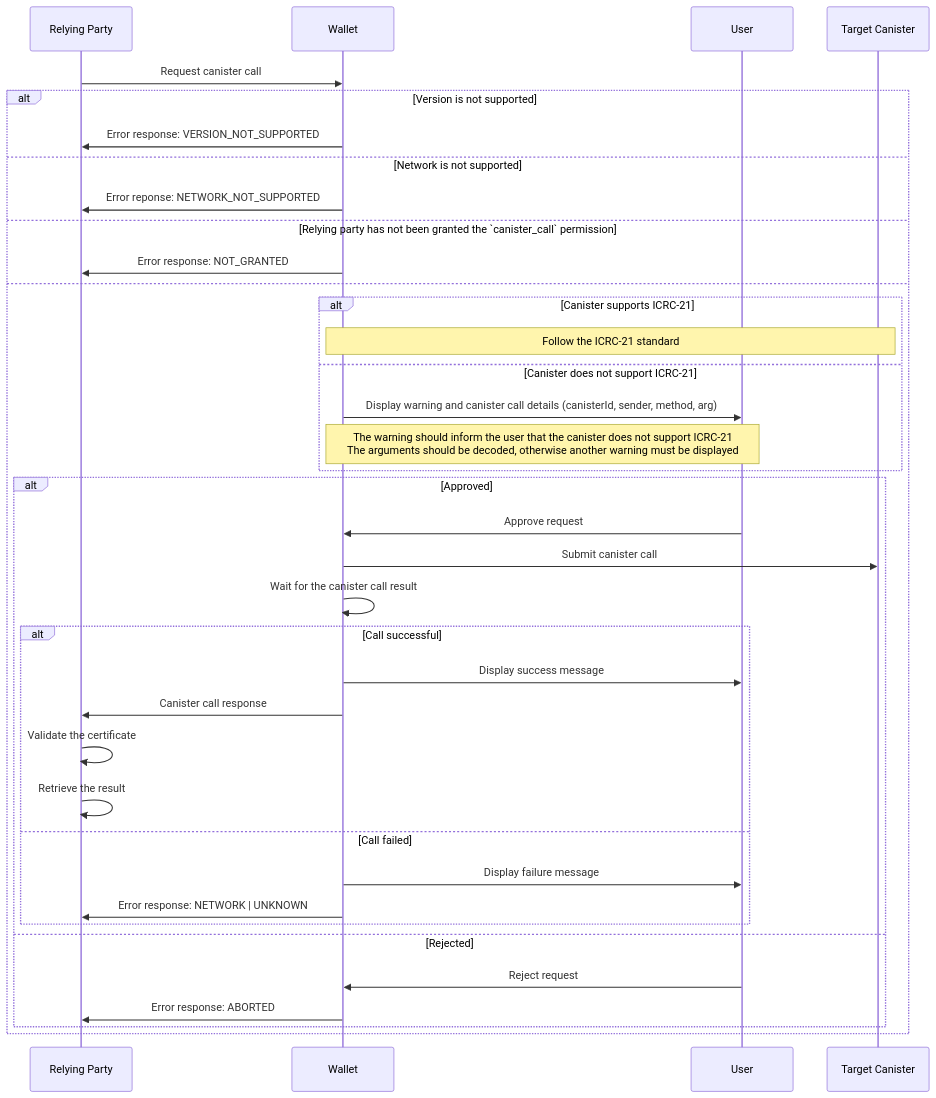
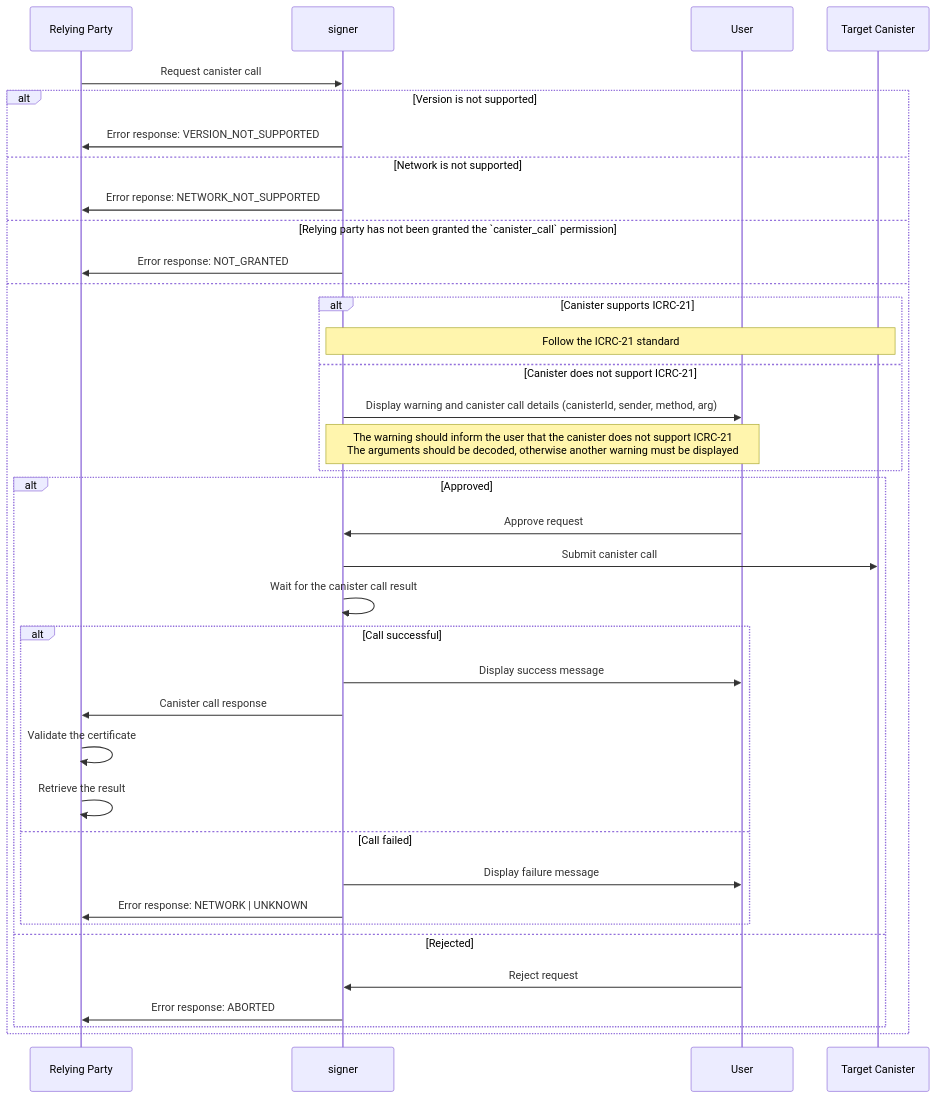
One commit to dfinity/wg-identity-authentication changed the second of 2 diagrams in topics/wallet-interaction-standard.md. Above: the diagram before and after it, drawn with Mermaid. The commit also changed other lines of this file, not shown here.

First line of the commit message:
Rename ICRC-25 to use signer instead of wallet

````diff
--- a/topics/wallet-interaction-standard.md
+++ b/topics/wallet-interaction-standard.md
@@ -247,40 +247,40 @@
 ```mermaid
 sequenceDiagram
     participant RP as Relying Party
-    participant W as Wallet
+    participant S as signer
     participant U as User
     participant C as Target Canister
 
-    RP ->> W: Request canister call
+    RP ->> S: Request canister call
     alt Version is not supported
-        W ->> RP: Error response: VERSION_NOT_SUPPORTED
+        S ->> RP: Error response: VERSION_NOT_SUPPORTED
     else Network is not supported
-        W ->> RP: Error reponse: NETWORK_NOT_SUPPORTED
+        S ->> RP: Error reponse: NETWORK_NOT_SUPPORTED
     else Relying party has not been granted the `canister_call` permission
-        W ->> RP: Error response: NOT_GRANTED
+        S ->> RP: Error response: NOT_GRANTED
     else
         alt Canister supports ICRC-21
-            Note over W,C: Follow the ICRC-21 standard
+            Note over S,C: Follow the ICRC-21 standard
         else Canister does not support ICRC-21
-            W ->> U: Display warning and canister call details (canisterId, sender, method, arg)
-            Note over W,U: The warning should inform the user that the canister does not support ICRC-21<br/>The arguments should be decoded, otherwise another warning must be displayed
+            S ->> U: Display warning and canister call details (canisterId, sender, method, arg)
+            Note over S,U: The warning should inform the user that the canister does not support ICRC-21<br/>The arguments should be decoded, otherwise another warning must be displayed
         end
         alt Approved
-            U ->> W: Approve request
-            W ->> C: Submit canister call
-            W ->> W: Wait for the canister call result
+            U ->> S: Approve request
+            S ->> C: Submit canister call
+            S ->> S: Wait for the canister call result
             alt Call successful
-                W ->> U: Display success message
-                W ->> RP: Canister call response
+                S ->> U: Display success message
+                S ->> RP: Canister call response
                 RP ->> RP: Validate the certificate
                 RP ->> RP: Retrieve the result
             else Call failed
-                W ->> U: Display failure message
-                W ->> RP: Error response: NETWORK | UNKNOWN
+                S ->> U: Display failure message
+                S ->> RP: Error response: NETWORK | UNKNOWN
             end
         else Rejected
-            U ->> W: Reject request
-            W ->> RP: Error response: ABORTED
+            U ->> S: Reject request
+            S ->> RP: Error response: ABORTED
         end
     end
 ```
````
